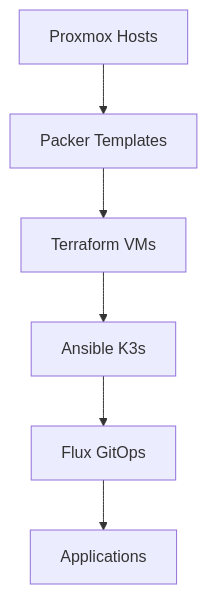
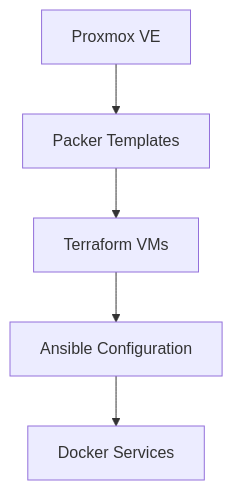
Before and after one commit to sfcal/homelab: the diagram in docs/index.md, drawn with Mermaid. The commit also changed other lines of this file and 27 other files, not shown here.

````diff
--- a/docs/index.md
+++ b/docs/index.md
@@ -31,8 +27,7 @@
 ```mermaid
 graph TD
-    A[Proxmox Hosts] --> B[Packer Templates]
+    A[Proxmox VE] --> B[Packer Templates]
     B --> C[Terraform VMs]
-    C --> D[Ansible K3s]
-    D --> E[Flux GitOps]
-    E --> F[Applications]
+    C --> D[Ansible Configuration]
+    D --> E[Docker Services]
 ```
````
